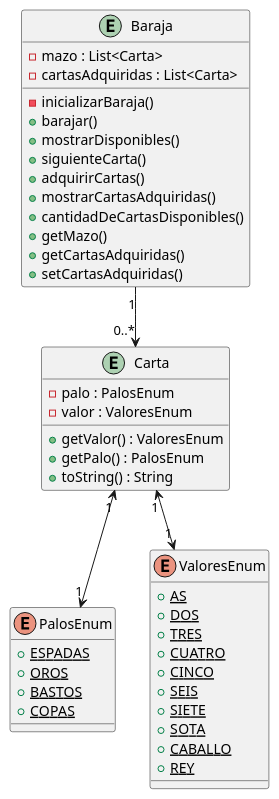
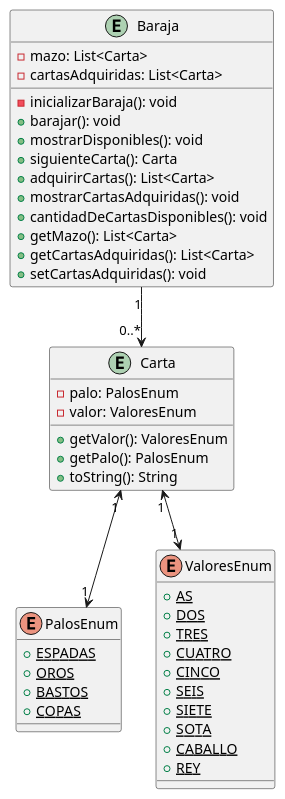
The diagram in BackEnd_2/10- Relaciones entre clases/03-cartas_espaniolas/juego_de_cartas/src/main/java/com/app/uml/diagrams.puml (r0minaflorencia/Egg-Argentina-Programa-4.0), drawn with PlantUML before and after one commit. The commit also changed 1 other file, not shown here.

Commit message:
update class diagram

```diff
--- a/BackEnd_2/10- Relaciones entre clases/03-cartas_espaniolas/juego_de_cartas/src/main/java/com/app/uml/diagrams.puml
+++ b/BackEnd_2/10- Relaciones entre clases/03-cartas_espaniolas/juego_de_cartas/src/main/java/com/app/uml/diagrams.puml
@@ -1,50 +1,50 @@
 @startuml juego_de_cartas
 
 entity Carta {
-    - palo : PalosEnum
-    - valor : ValoresEnum
-    + getValor() : ValoresEnum
-    + getPalo() : PalosEnum
-    + toString() : String
+    - palo: PalosEnum
+    - valor: ValoresEnum
+    + getValor(): ValoresEnum
+    + getPalo(): PalosEnum
+    + toString(): String
 }
 
 entity Baraja {
-    - mazo : List<Carta>
-    - cartasAdquiridas : List<Carta>
-    - inicializarBaraja()
-    + barajar()
-    + mostrarDisponibles()
-    + siguienteCarta()
-    + adquirirCartas()
-    + mostrarCartasAdquiridas()
-    + cantidadDeCartasDisponibles()
-    + getMazo()
-    + getCartasAdquiridas()
-    + setCartasAdquiridas()
+    - mazo: List<Carta>
+    - cartasAdquiridas: List<Carta>
+    - inicializarBaraja(): void
+    + barajar(): void
+    + mostrarDisponibles(): void
+    + siguienteCarta(): Carta
+    + adquirirCartas(): List<Carta>
+    + mostrarCartasAdquiridas(): void
+    + cantidadDeCartasDisponibles(): void
+    + getMazo(): List<Carta>
+    + getCartasAdquiridas(): List<Carta>
+    + setCartasAdquiridas(): void
 }
 
 enum PalosEnum {
     +  {static} ESPADAS 
     +  {static} OROS 
     +  {static} BASTOS 
     +  {static} COPAS 
 }
 
 enum ValoresEnum {
     +  {static} AS
     +  {static} DOS
     +  {static} TRES
     +  {static} CUATRO
     +  {static} CINCO
     +  {static} SEIS
     +  {static} SIETE
     +  {static} SOTA
     +  {static} CABALLO
     +  {static} REY
 }
 
 Carta "1" <--> "1" PalosEnum
 Carta "1" <--> "1" ValoresEnum
 Baraja "1" --> "0..*" Carta
 
 @enduml
```
